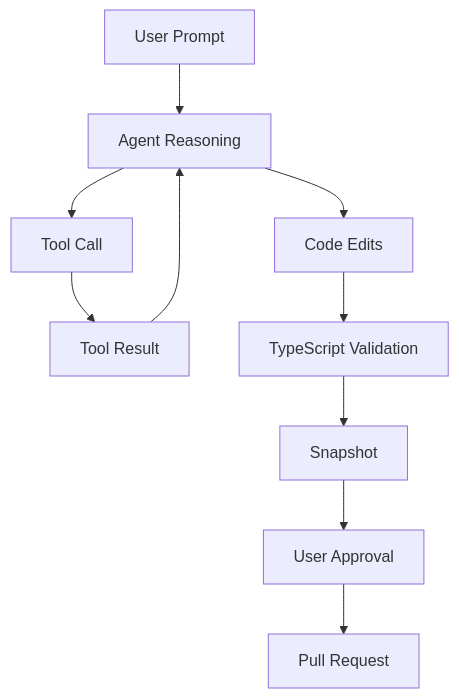
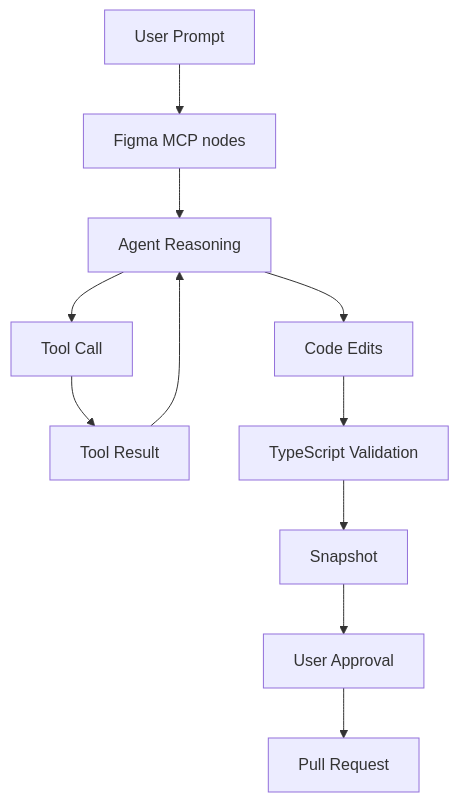
The second of 4 diagrams in README.md (omarcarrascoo/UNITY-SERVER), drawn with Mermaid before and after one commit. The commit also changed other lines of this file, not shown here.

Commit message:
Update agent workflow diagram in README

````diff
--- a/README.md
+++ b/README.md
@@ -200,12 +199,12 @@
 ```mermaid
 flowchart TD
-    P[User Prompt] --> R[Agent Reasoning]
+    P[User Prompt] --> F[Figma MCP nodes] --> R[Agent Reasoning]
     R --> T[Tool Call]
     T --> C[Tool Result]
     C --> R
     R --> E[Code Edits]
     E --> V[TypeScript Validation]
     V --> S[Snapshot]
     S --> U[User Approval]
     U --> PR[Pull Request]
 ```
````
